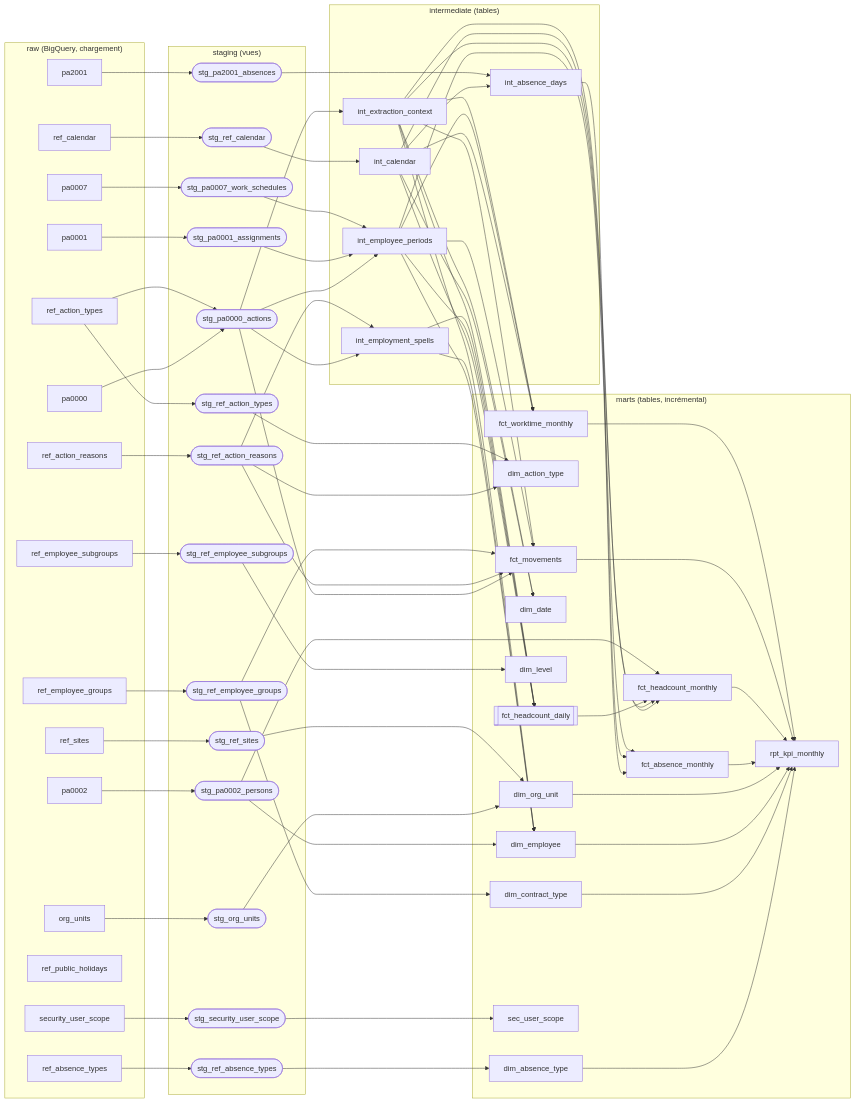
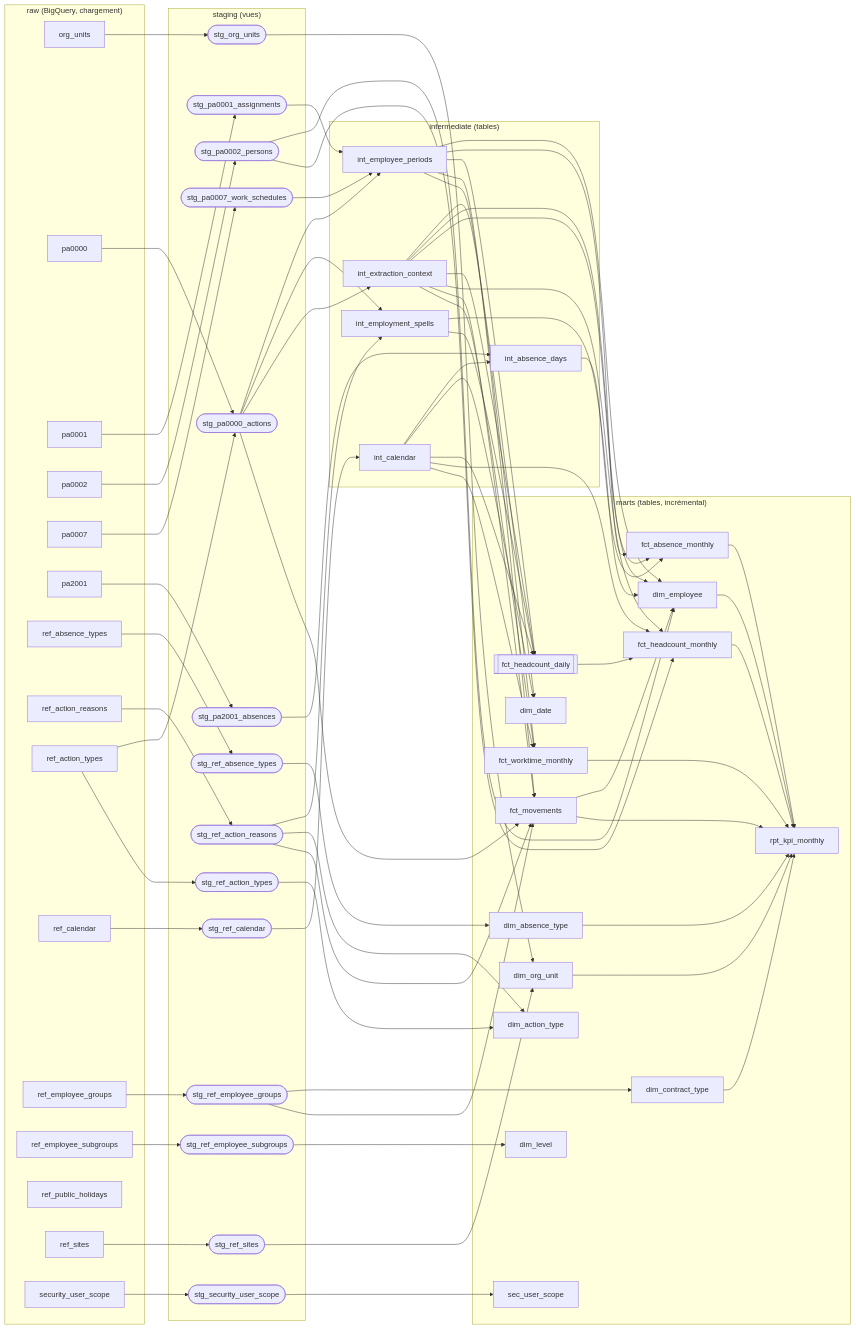
One commit to AxelCorral/people-analytics-gcp changed the diagram in docs/lineage.md. Above: the diagram before and after it, drawn with Mermaid. The commit also changed other lines of this file and 12 other files, not shown here.

First line of the commit message:
fix(dataform): historique RLS de dim_employee couvre les mouvements

```diff
--- a/docs/lineage.md
+++ b/docs/lineage.md
@@ -93,6 +93,7 @@
   hr_marts__fct_absence_monthly --> hr_marts__rpt_kpi_monthly
   hr_marts__fct_headcount_daily --> hr_marts__fct_headcount_monthly
   hr_marts__fct_headcount_monthly --> hr_marts__rpt_kpi_monthly
+  hr_marts__fct_movements --> hr_marts__dim_employee
   hr_marts__fct_movements --> hr_marts__rpt_kpi_monthly
   hr_marts__fct_worktime_monthly --> hr_marts__rpt_kpi_monthly
   hr_raw__org_units --> hr_staging__stg_org_units
```
